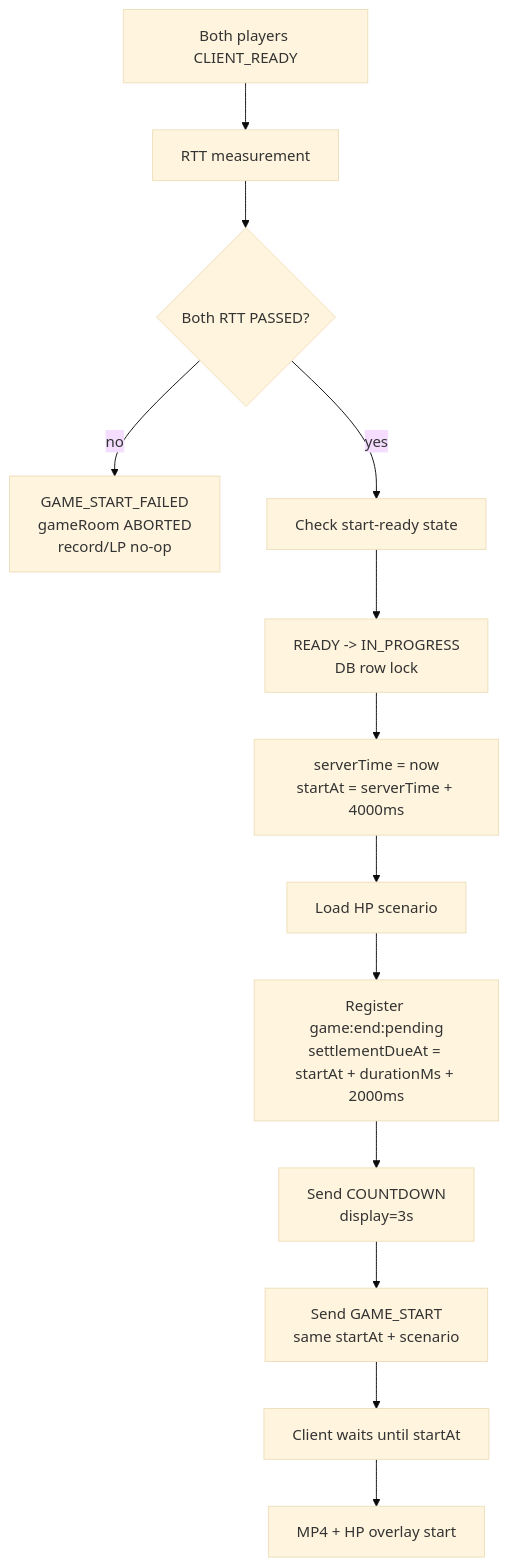
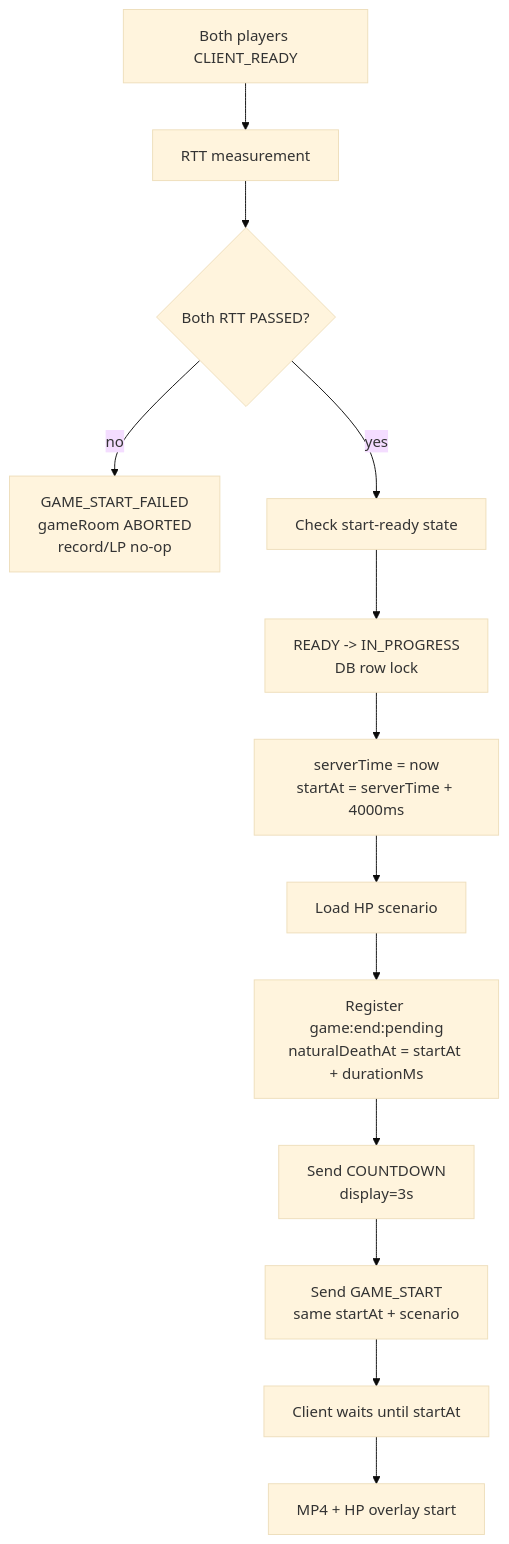
The second of 3 diagrams in docs/antigravity/backend/issue-46-game-start-hp-scenario.md (moonwhistle/League-of-Star), drawn with Mermaid (base theme) before and after one commit. The commit also changed other lines of this file and 17 other files, not shown here.

````diff
--- a/docs/antigravity/backend/issue-46-game-start-hp-scenario.md
+++ b/docs/antigravity/backend/issue-46-game-start-hp-scenario.md
@@ -256,15 +254,15 @@
 ```mermaid
 flowchart TD
     A["Both players CLIENT_READY"] --> B["RTT measurement"]
     B --> C{"Both RTT PASSED?"}
     C -->|"no"| X["GAME_START_FAILED<br/>gameRoom ABORTED<br/>record/LP no-op"]
     C -->|"yes"| D["Check start-ready state"]
     D --> E["READY -> IN_PROGRESS<br/>DB row lock"]
     E --> F["serverTime = now<br/>startAt = serverTime + 4000ms"]
     F --> G["Load HP scenario"]
-    G --> H["Register game:end:pending<br/>settlementDueAt = startAt + durationMs + 2000ms"]
+    G --> H["Register game:end:pending<br/>naturalDeathAt = startAt + durationMs"]
     H --> I["Send COUNTDOWN<br/>display=3s"]
     I --> J["Send GAME_START<br/>same startAt + scenario"]
     J --> K["Client waits until startAt"]
     K --> L["MP4 + HP overlay start"]
 ```
````
